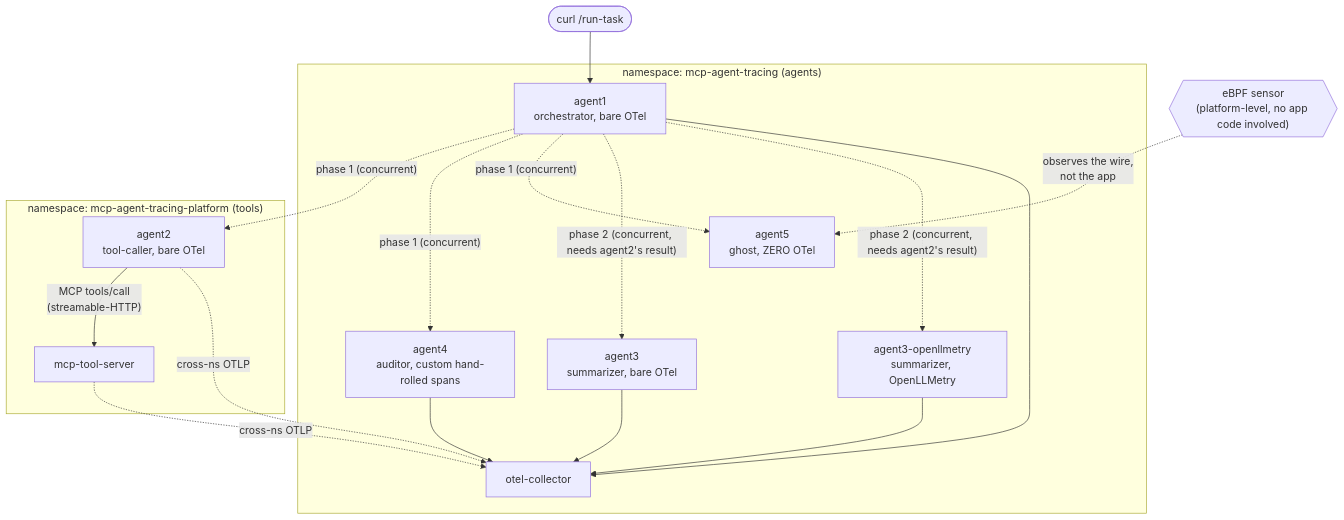
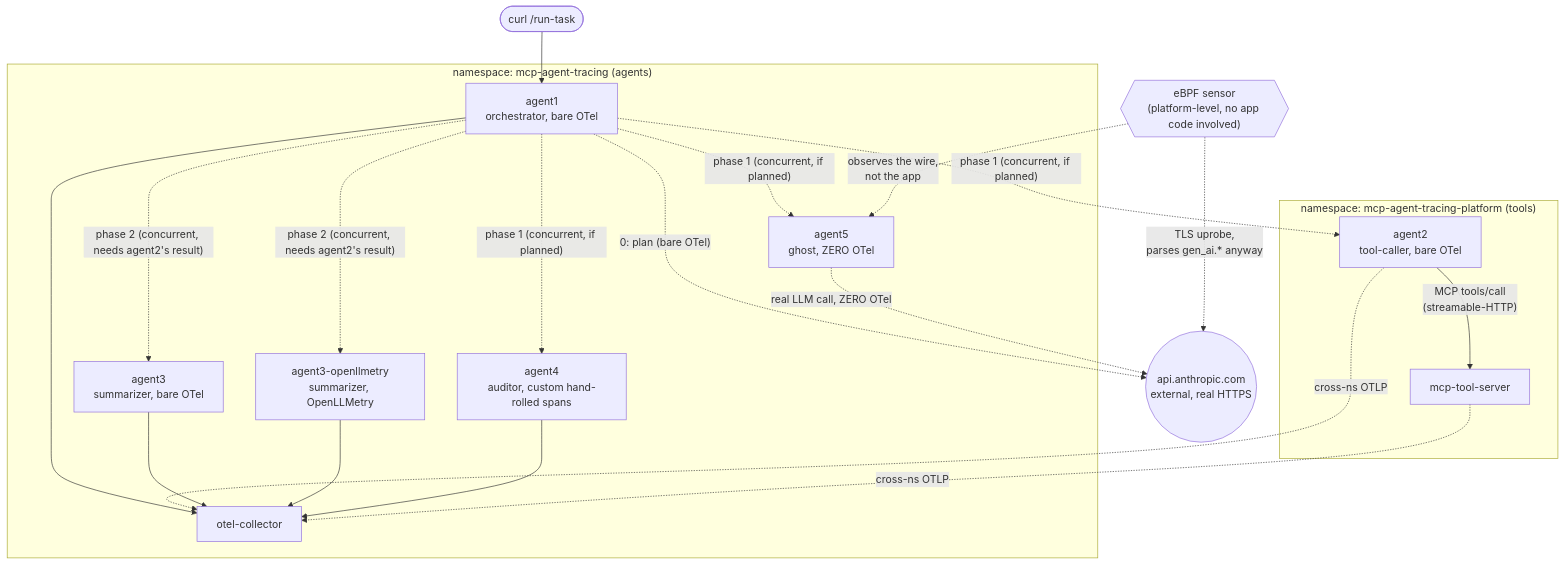
One commit to sf-matt/mcp-agent-tracing changed the first of 3 diagrams in README.md. Above: the diagram before and after it, drawn with Mermaid. The commit also changed other lines of this file and 11 other files, not shown here.

First line of the commit message:
Give agent1 a scriptable LLM planning step, agent5 a real (silently-discarded) LLM call, and fix k8s attribute enrichment on OTel spans

````diff
--- a/README.md
+++ b/README.md
@@ -35,36 +19,41 @@
 ```mermaid
 flowchart TB
     U([curl /run-task]) --> A1
 
     subgraph nsA["namespace: mcp-agent-tracing (agents)"]
         A1[agent1<br/>orchestrator, bare OTel]
         A3[agent3<br/>summarizer, bare OTel]
         A3O[agent3-openllmetry<br/>summarizer, OpenLLMetry]
         A4[agent4<br/>auditor, custom hand-rolled spans]
         A5[agent5<br/>ghost, ZERO OTel]
         OC[otel-collector]
     end
 
     subgraph nsB["namespace: mcp-agent-tracing-platform (tools)"]
         A2[agent2<br/>tool-caller, bare OTel]
         MCP[mcp-tool-server]
     end
 
+    LLM(("api.anthropic.com<br/>external, real HTTPS"))
+
     EBPF{{"eBPF sensor<br/>(platform-level, no app code involved)"}}
 
-    A1 -. "phase 1 (concurrent)" .-> A2
-    A1 -. "phase 1 (concurrent)" .-> A4
-    A1 -. "phase 1 (concurrent)" .-> A5
+    A1 -. "0: plan (bare OTel)" .-> LLM
+    A1 -. "phase 1 (concurrent, if planned)" .-> A2
+    A1 -. "phase 1 (concurrent, if planned)" .-> A4
+    A1 -. "phase 1 (concurrent, if planned)" .-> A5
     A1 -. "phase 2 (concurrent, needs agent2's result)" .-> A3
     A1 -. "phase 2 (concurrent, needs agent2's result)" .-> A3O
     A2 -->|"MCP tools/call<br/>(streamable-HTTP)"| MCP
+    A5 -. "real LLM call, ZERO OTel" .-> LLM
 
     A1 --> OC
     A2 -. "cross-ns OTLP" .-> OC
     A3 --> OC
     A3O --> OC
     A4 --> OC
     MCP -. "cross-ns OTLP" .-> OC
 
     EBPF -. "observes the wire,<br/>not the app" .-> A5
+    EBPF -. "TLS uprobe,<br/>parses gen_ai.* anyway" .-> LLM
 ```
````
